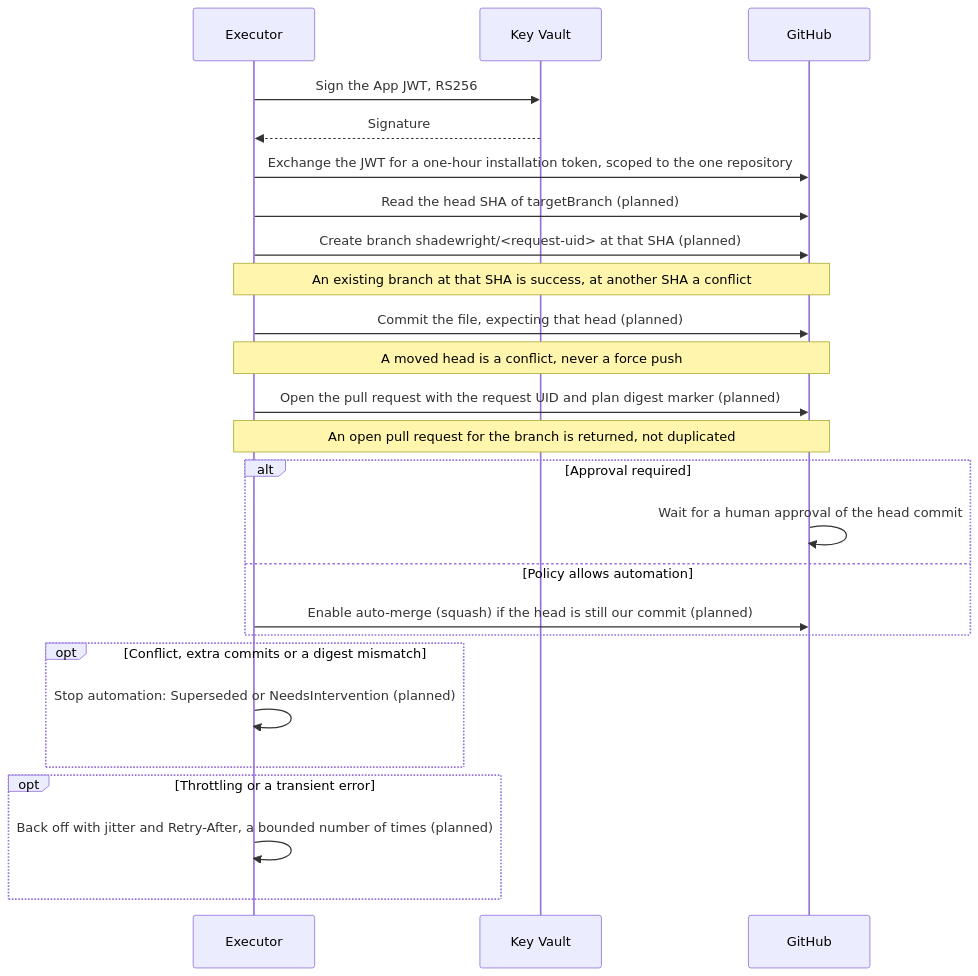
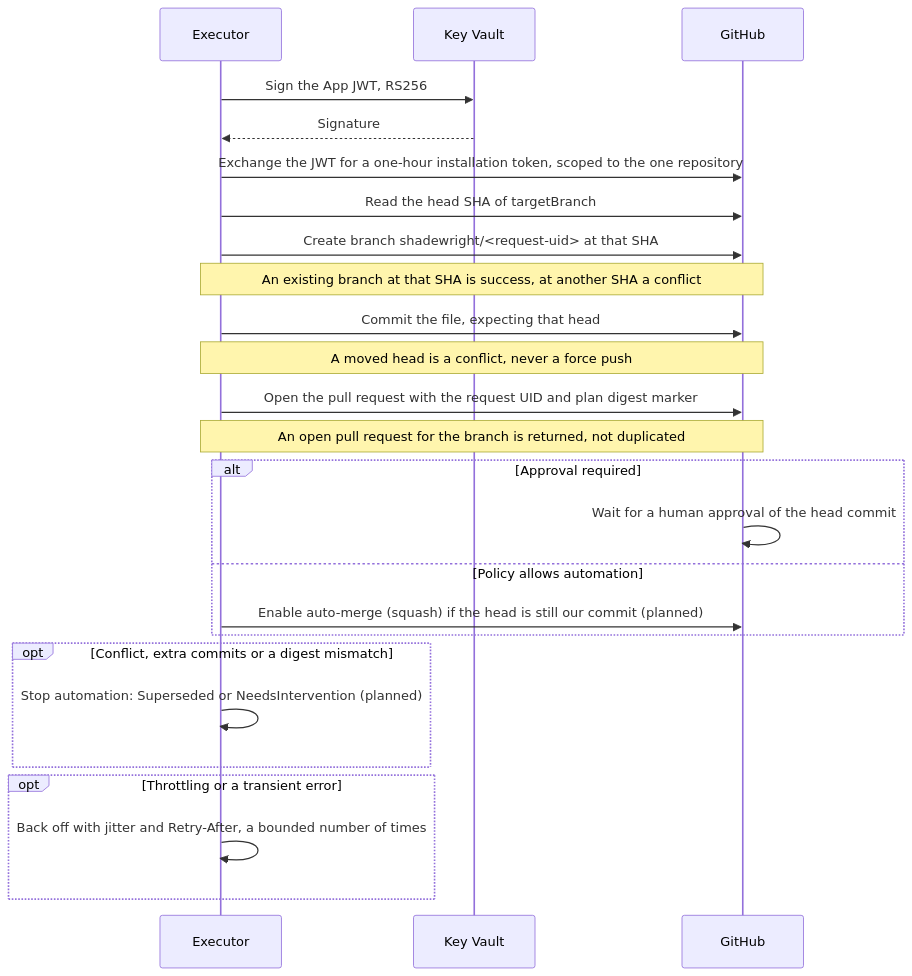
Before and after one commit to pkalin/shadewright: the fourth of 5 diagrams in docs/design.md, drawn with Mermaid. The commit also changed other lines of this file and 33 other files, not shown here.

````diff
--- a/docs/design.md
+++ b/docs/design.md
@@ -467,27 +467,27 @@
 ```mermaid
 sequenceDiagram
     participant E as Executor
     participant V as Key Vault
     participant G as GitHub
     E->>V: Sign the App JWT, RS256
     V-->>E: Signature
     E->>G: Exchange the JWT for a one-hour installation token, scoped to the one repository
-    E->>G: Read the head SHA of targetBranch (planned)
-    E->>G: Create branch shadewright/#lt;request-uid#gt; at that SHA (planned)
+    E->>G: Read the head SHA of targetBranch
+    E->>G: Create branch shadewright/#lt;request-uid#gt; at that SHA
     Note over E,G: An existing branch at that SHA is success, at another SHA a conflict
-    E->>G: Commit the file, expecting that head (planned)
+    E->>G: Commit the file, expecting that head
     Note over E,G: A moved head is a conflict, never a force push
-    E->>G: Open the pull request with the request UID and plan digest marker (planned)
+    E->>G: Open the pull request with the request UID and plan digest marker
     Note over E,G: An open pull request for the branch is returned, not duplicated
     alt Approval required
         G->>G: Wait for a human approval of the head commit
     else Policy allows automation
         E->>G: Enable auto-merge (squash) if the head is still our commit (planned)
     end
     opt Conflict, extra commits or a digest mismatch
         E->>E: Stop automation: Superseded or NeedsIntervention (planned)
     end
     opt Throttling or a transient error
-        E->>E: Back off with jitter and Retry-After, a bounded number of times (planned)
+        E->>E: Back off with jitter and Retry-After, a bounded number of times
     end
 ```
````
